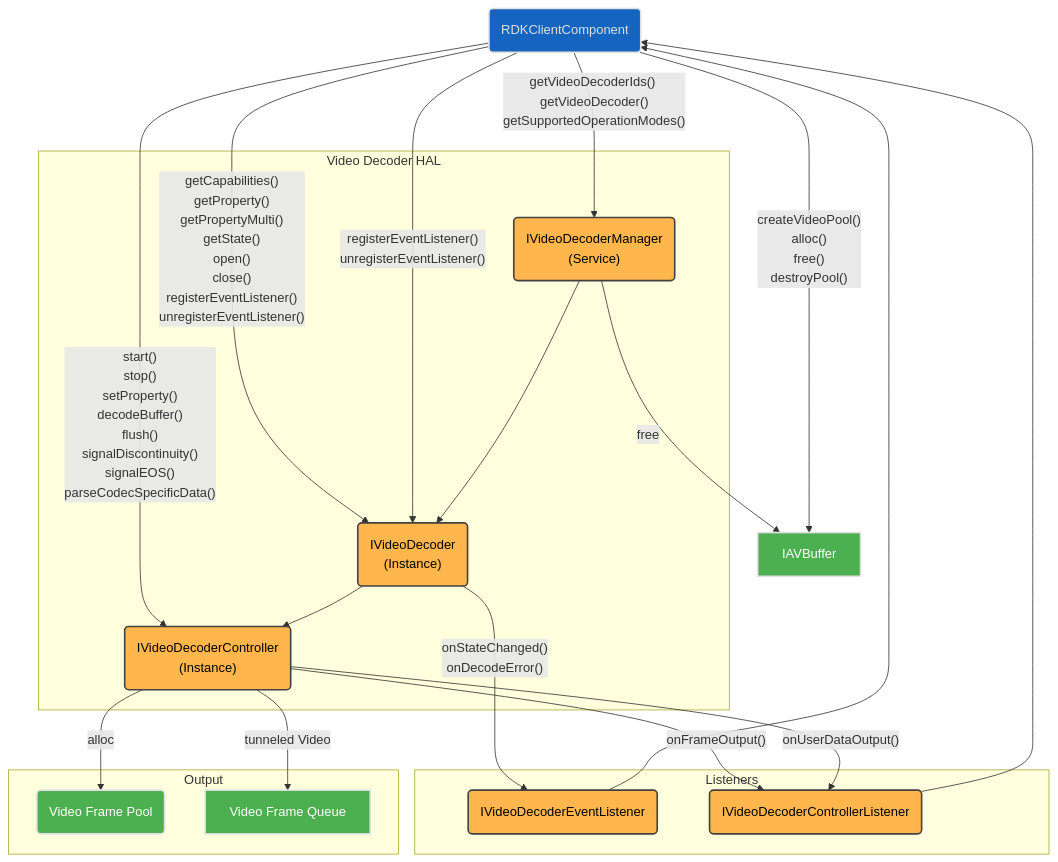
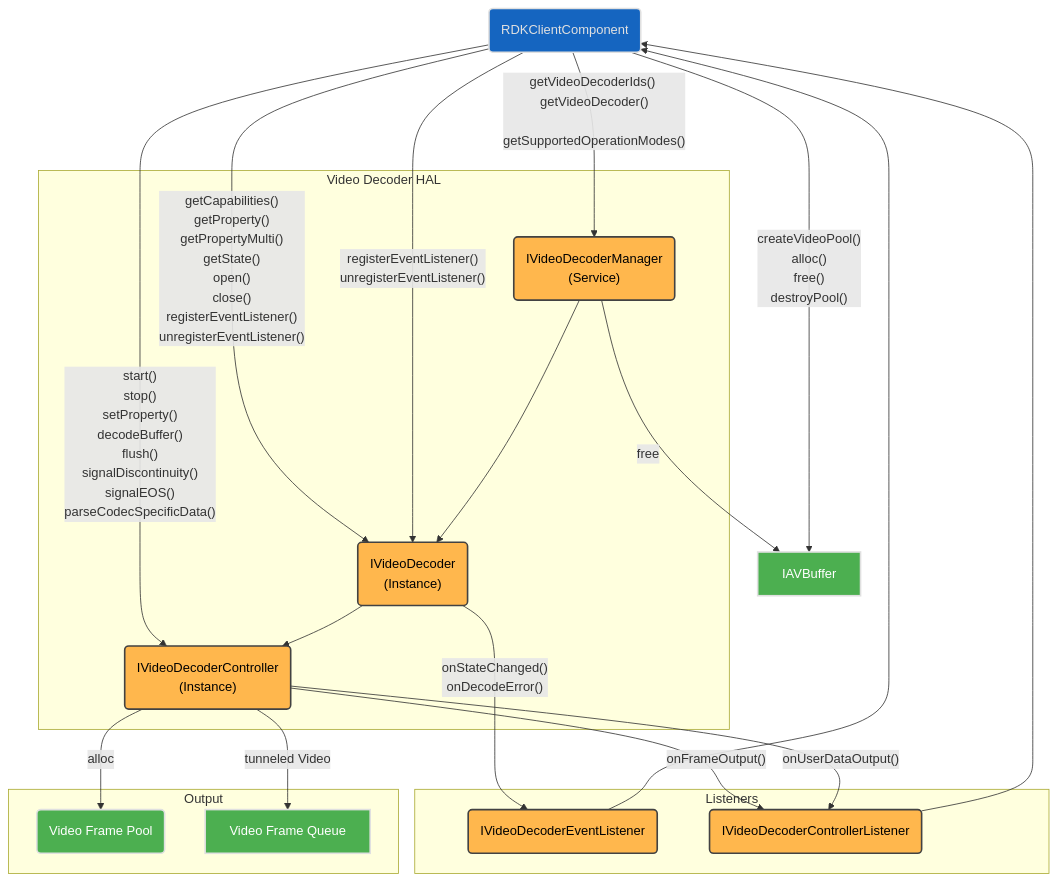
One commit to rdkcentral/rdk-halif-aidl changed the first of 3 diagrams in docs/halif/video_decoder/current/video_decoder.md. Above: the diagram before and after it, drawn with Mermaid. The commit also changed other lines of this file and 15 other files, not shown here.

````diff
--- a/docs/halif/video_decoder/current/video_decoder.md
+++ b/docs/halif/video_decoder/current/video_decoder.md
@@ -99,48 +93,48 @@
 ```mermaid
 flowchart TD
     RDKClientComponent("RDKClientComponent")
     subgraph Listeners["Listeners"]
         IVideoDecoderEventListener("IVideoDecoderEventListener")
         IVideoDecoderControllerListener("IVideoDecoderControllerListener")
     end
     subgraph IVideoDecoderHAL["Video Decoder HAL"]
         IVideoDecoderManager("IVideoDecoderManager <br>(Service)")
         IVideoDecoder("IVideoDecoder <br>(Instance)")
         IVideoDecoderController("IVideoDecoderController <br>(Instance)")
     end
     subgraph OutputComponents["Output"]
         VideoFramePool("Video Frame Pool")
         VideoFrameQueue["Video Frame Queue"]
     end
     RDKClientComponent -- createVideoPool() <br> alloc() <br> free() <br> destroyPool() --> IAVBuffer
-    RDKClientComponent -- getVideoDecoderIds() <br> getVideoDecoder() getSupportedOperationModes()--> IVideoDecoderManager
+    RDKClientComponent -- getVideoDecoderIds() <br> getVideoDecoder() <br> getSupportedOperationModes() --> IVideoDecoderManager
     RDKClientComponent -- getCapabilities() <br> getProperty() <br> getPropertyMulti() <br> getState() <br> open() <br> close() <br> registerEventListener() <br> unregisterEventListener()--> IVideoDecoder
     RDKClientComponent -- registerEventListener() <br> unregisterEventListener() --> IVideoDecoder
     RDKClientComponent -- start() <br> stop() <br> setProperty() <br> decodeBuffer() <br> flush() <br> signalDiscontinuity() <br> signalEOS() <br> parseCodecSpecificData() --> IVideoDecoderController
     IVideoDecoderManager --> IVideoDecoder --> IVideoDecoderController
     IVideoDecoder -- onStateChanged() <br> onDecodeError() --> IVideoDecoderEventListener
     IVideoDecoderEventListener --> RDKClientComponent
     IVideoDecoderControllerListener --> RDKClientComponent
     IVideoDecoderController -- onFrameOutput() --> IVideoDecoderControllerListener
     IVideoDecoderController -- onUserDataOutput() --> IVideoDecoderControllerListener
     IVideoDecoderController -- alloc --> VideoFramePool
     IVideoDecoderManager -- free --> IAVBuffer
     IVideoDecoderController -- tunneled Video --> VideoFrameQueue
 
     classDef background fill:#121212,stroke:none,color:#E0E0E0;
     classDef blue fill:#1565C0,stroke:#E0E0E0,stroke-width:2px,color:#E0E0E0;
     classDef lightGrey fill:#616161,stroke:#E0E0E0,stroke-width:2px,color:#FFFFFF;
     classDef wheat fill:#FFB74D,stroke:#424242,stroke-width:2px,color:#000000;
     classDef green fill:#4CAF50,stroke:#E0E0E0,stroke-width:2px,color:#FFFFFF;
     classDef default fill:#1E1E1E,stroke:#E0E0E0,stroke-width:1px,color:#E0E0E0;
 
     RDKClientComponent:::blue
     IVideoDecoderManager:::wheat
     IVideoDecoderController:::wheat
     IVideoDecoder:::wheat
     IAVBuffer:::green
     IVideoDecoderControllerListener:::wheat
     IVideoDecoderEventListener:::wheat
     VideoFramePool:::green
     VideoFrameQueue:::green
 ```
````
